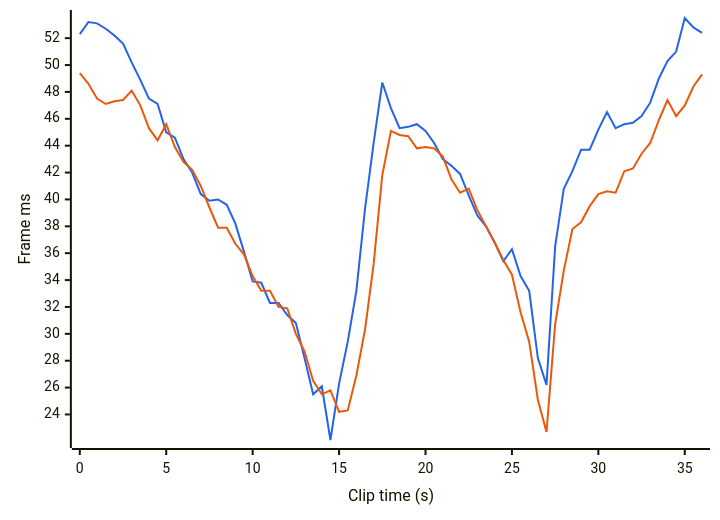
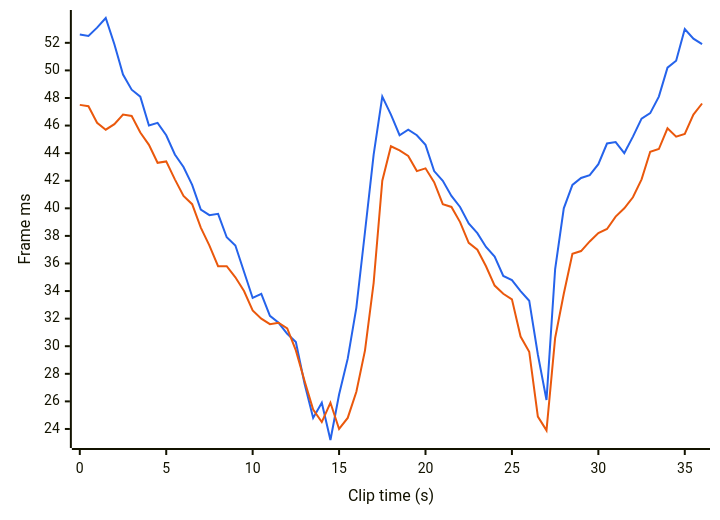
The diagram in launcher/main/apps/render_lab/tools/README.md (jose-villegas/autana), drawn with Mermaid before and after one commit. The commit also changed other lines of this file and 9 other files, not shown here.

````diff
--- a/launcher/main/apps/render_lab/tools/README.md
+++ b/launcher/main/apps/render_lab/tools/README.md
@@ -339,8 +340,8 @@
 ```mermaid
 %%{init: {"themeVariables": {"xyChart": {"plotColorPalette": "#2563eb, #ea580c"}}}}%%
 xychart-beta
     x-axis "Clip time (s)" 0 --> 36
     y-axis "Frame ms"
-    line [52.3, 53.2, 53.1, 52.7, 52.2, 51.6, 50.2, 48.9, 47.5, 47.1, 45.0, 44.6, 43.0, 42.0, 40.4, 39.9, 40.0, 39.6, 38.2, 36.1, 33.9, 33.8, 32.3, 32.3, 31.4, 30.8, 28.2, 25.5, 26.1, 22.1, 26.3, 29.4, 33.2, 39.3, 44.2, 48.7, 46.8, 45.3, 45.4, 45.6, 45.1, 44.2, 43.0, 42.5, 41.9, 40.3, 38.8, 38.0, 36.8, 35.4, 36.3, 34.3, 33.2, 28.2, 26.2, 36.5, 40.8, 42.1, 43.7, 43.7, 45.2, 46.5, 45.3, 45.6, 45.7, 46.2, 47.2, 49.0, 50.3, 51.0, 53.5, 52.8, 52.4]
-    line [49.4, 48.6, 47.5, 47.1, 47.3, 47.4, 48.1, 47.0, 45.3, 44.4, 45.6, 43.9, 42.8, 42.2, 41.0, 39.4, 37.9, 37.9, 36.7, 35.9, 34.3, 33.2, 33.2, 32.0, 31.9, 30.0, 28.7, 26.5, 25.5, 25.8, 24.2, 24.3, 26.9, 30.3, 35.2, 41.8, 45.1, 44.8, 44.7, 43.8, 43.9, 43.8, 43.2, 41.5, 40.5, 40.8, 39.2, 38.0, 36.8, 35.5, 34.4, 31.6, 29.4, 25.1, 22.7, 30.7, 34.7, 37.8, 38.3, 39.5, 40.4, 40.6, 40.5, 42.1, 42.3, 43.4, 44.2, 45.9, 47.4, 46.2, 47.0, 48.4, 49.3]
+    line [52.6, 52.5, 53.1, 53.8, 51.9, 49.7, 48.6, 48.1, 46.0, 46.2, 45.3, 43.9, 43.0, 41.7, 39.9, 39.5, 39.6, 37.9, 37.3, 35.4, 33.5, 33.8, 32.2, 31.7, 30.9, 30.3, 27.3, 24.8, 25.9, 23.2, 26.5, 29.1, 32.8, 38.3, 43.9, 48.1, 46.8, 45.3, 45.7, 45.3, 44.6, 42.7, 42.0, 40.9, 40.1, 38.9, 38.2, 37.2, 36.5, 35.1, 34.8, 34.0, 33.3, 29.4, 26.1, 35.6, 40.0, 41.7, 42.2, 42.4, 43.2, 44.7, 44.8, 44.0, 45.2, 46.5, 46.9, 48.1, 50.2, 50.7, 53.0, 52.3, 51.9]
+    line [47.5, 47.4, 46.2, 45.7, 46.1, 46.8, 46.7, 45.5, 44.6, 43.3, 43.4, 42.1, 40.9, 40.3, 38.6, 37.3, 35.8, 35.8, 35.0, 34.0, 32.6, 32.0, 31.6, 31.7, 31.3, 29.7, 27.5, 25.4, 24.5, 25.9, 24.0, 24.8, 26.7, 29.7, 34.6, 42.0, 44.5, 44.2, 43.8, 42.7, 42.9, 41.9, 40.3, 40.1, 39.0, 37.5, 37.0, 35.8, 34.4, 33.8, 33.4, 30.7, 29.6, 24.9, 23.9, 30.6, 33.8, 36.7, 36.9, 37.6, 38.2, 38.5, 39.4, 40.0, 40.8, 42.1, 44.1, 44.3, 45.8, 45.2, 45.4, 46.8, 47.6]
 ```
````
